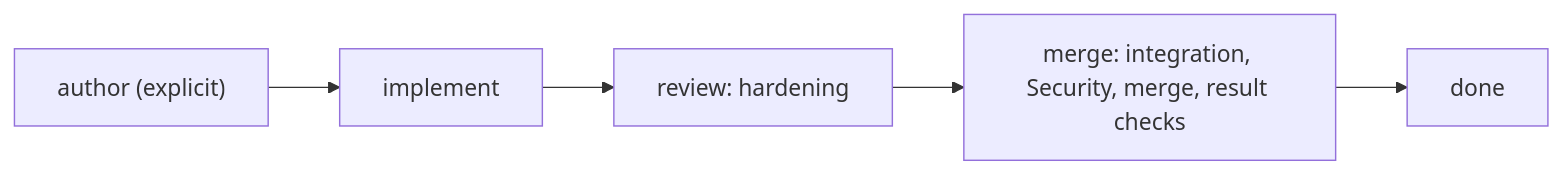
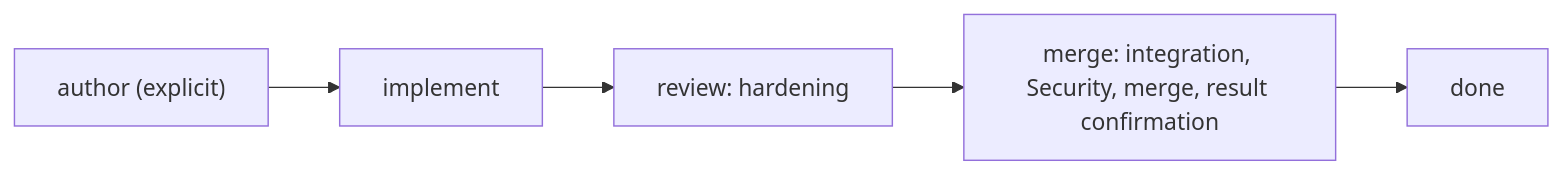
One commit to axolotl-logic-io/ecosystem changed the diagram in docs/reference/sessions.md. Above: the diagram before and after it, drawn with Mermaid. The commit also changed 13 other files, not shown here.

````diff
--- a/docs/reference/sessions.md
+++ b/docs/reference/sessions.md
@@ -9,5 +9,5 @@
 ```mermaid
 flowchart LR
   author["author (explicit)"] --> implement
-  implement --> review["review: hardening"] --> merge["merge: integration, Security, merge, result checks"] --> done
+  implement --> review["review: hardening"] --> merge["merge: integration, Security, merge, result confirmation"] --> done
 ```
````
